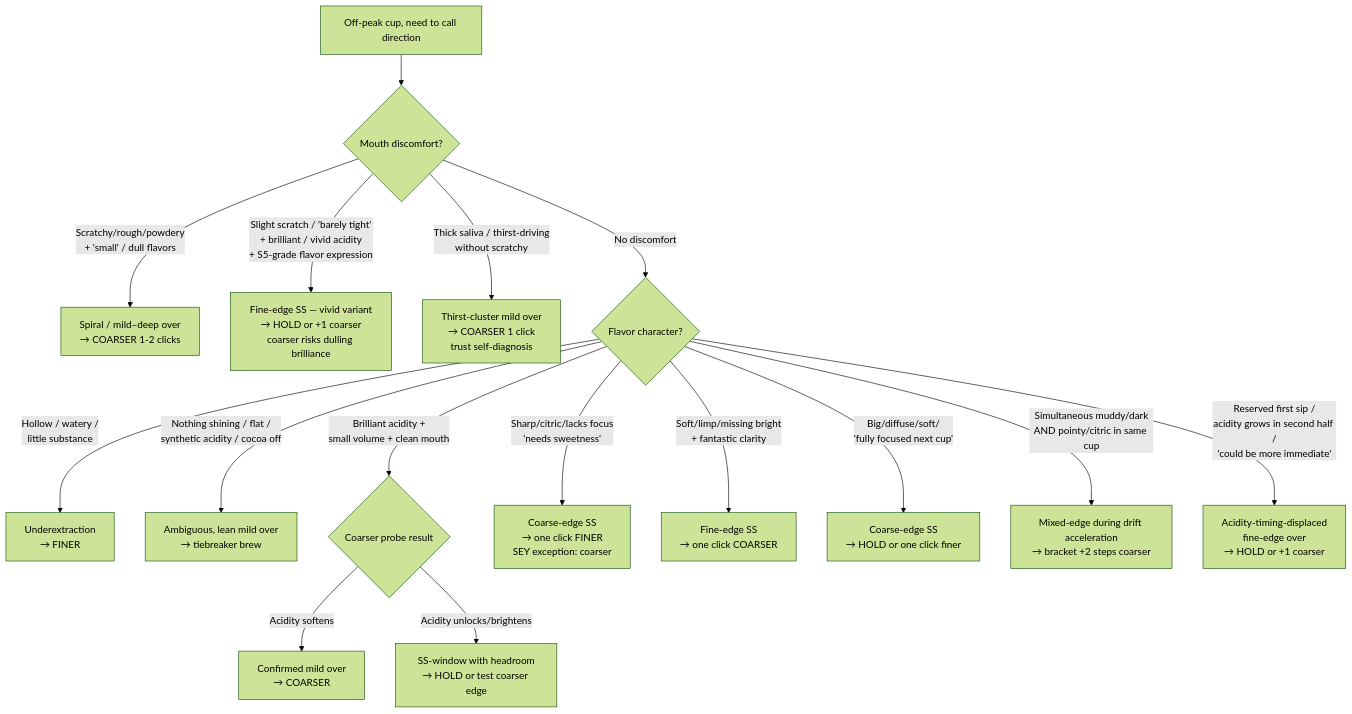
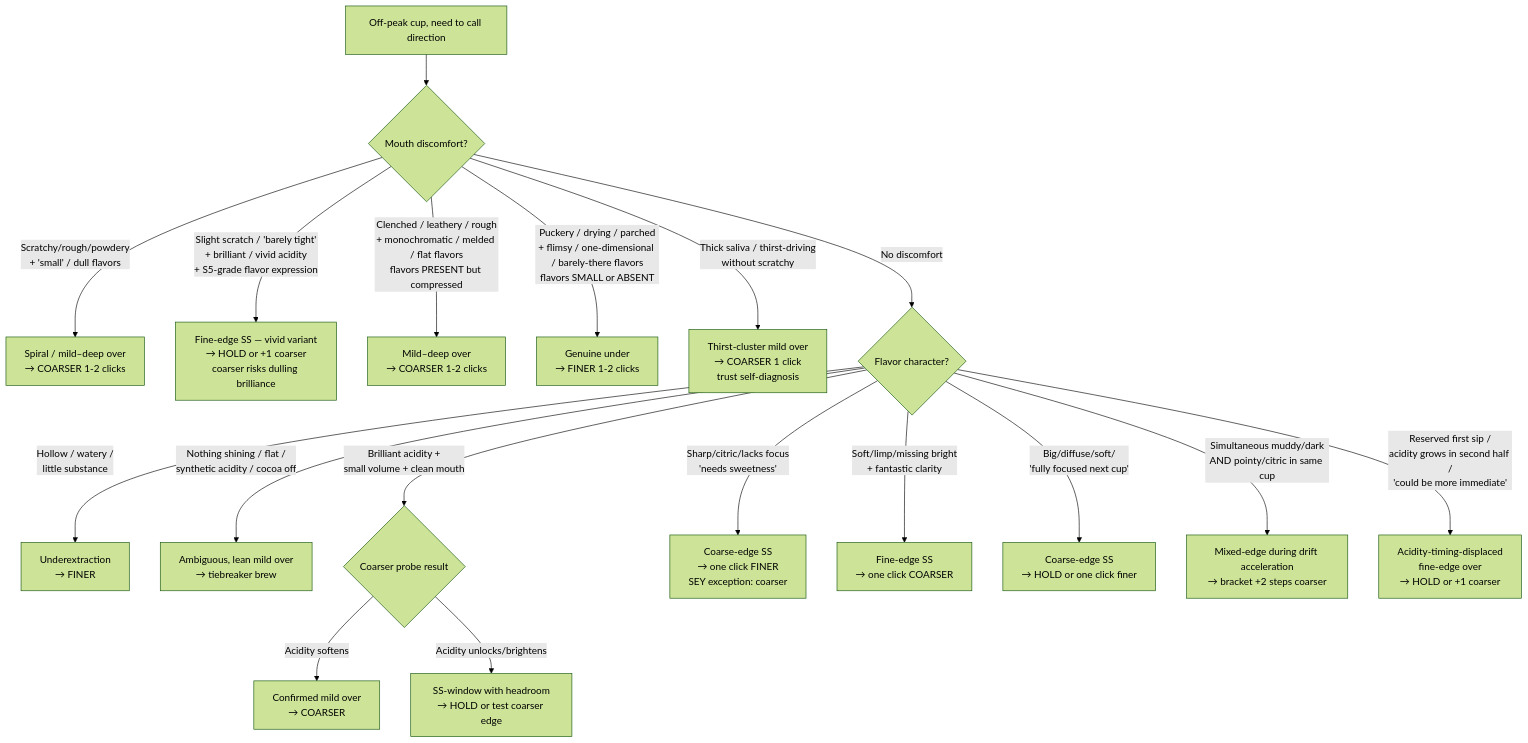
One commit to manuscriptmastr/coffee-journal changed the diagram in joshua-martin/profile.md. Above: the diagram before and after it, drawn with Mermaid (forest theme). The commit also changed other lines of this file and 2 other files, not shown here.

````diff
--- a/joshua-martin/profile.md
+++ b/joshua-martin/profile.md
@@ -242,18 +247,20 @@
 ```mermaid
 flowchart TD
     A[Off-peak cup, need to call direction] --> B{Mouth discomfort?}
     B -->|Scratchy/rough/powdery<br/>+ 'small' / dull flavors| C[Spiral / mild–deep over<br/>→ COARSER 1-2 clicks]
     B -->|Slight scratch / 'barely tight'<br/>+ brilliant / vivid acidity<br/>+ S5-grade flavor expression| V[Fine-edge SS — vivid variant<br/>→ HOLD or +1 coarser<br/>coarser risks dulling brilliance]
+    B -->|Clenched / leathery / rough<br/>+ monochromatic / melded / flat flavors<br/>flavors PRESENT but compressed| Z[Mild–deep over<br/>→ COARSER 1-2 clicks]
+    B -->|Puckery / drying / parched<br/>+ flimsy / one-dimensional / barely-there flavors<br/>flavors SMALL or ABSENT| P[Genuine under<br/>→ FINER 1-2 clicks]
     B -->|Thick saliva / thirst-driving<br/>without scratchy| T[Thirst-cluster mild over<br/>→ COARSER 1 click<br/>trust self-diagnosis]
     B -->|No discomfort| D{Flavor character?}
     D -->|Hollow / watery /<br/>little substance| E[Underextraction<br/>→ FINER]
     D -->|Nothing shining / flat /<br/>synthetic acidity / cocoa off| F[Ambiguous, lean mild over<br/>→ tiebreaker brew]
     D -->|Brilliant acidity +<br/>small volume + clean mouth| G{Coarser probe result}
     G -->|Acidity softens| H[Confirmed mild over<br/>→ COARSER]
     G -->|Acidity unlocks/brightens| I[SS-window with headroom<br/>→ HOLD or test coarser edge]
     D -->|Sharp/citric/lacks focus<br/>'needs sweetness'| J[Coarse-edge SS<br/>→ one click FINER<br/>SEY exception: coarser]
     D -->|Soft/limp/missing bright<br/>+ fantastic clarity| K[Fine-edge SS<br/>→ one click COARSER]
     D -->|Big/diffuse/soft/<br/>'fully focused next cup'| L[Coarse-edge SS<br/>→ HOLD or one click finer]
     D -->|Simultaneous muddy/dark<br/>AND pointy/citric in same cup| M[Mixed-edge during drift acceleration<br/>→ bracket +2 steps coarser]
     D -->|Reserved first sip /<br/>acidity grows in second half /<br/>'could be more immediate'| N[Acidity-timing-displaced<br/>fine-edge over<br/>→ HOLD or +1 coarser]
 ```
````
